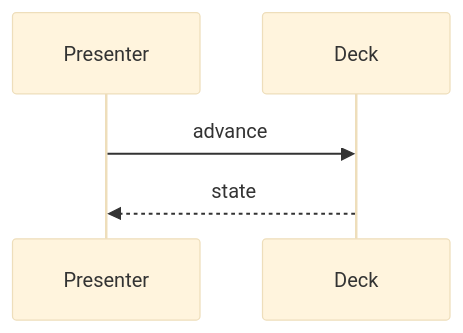
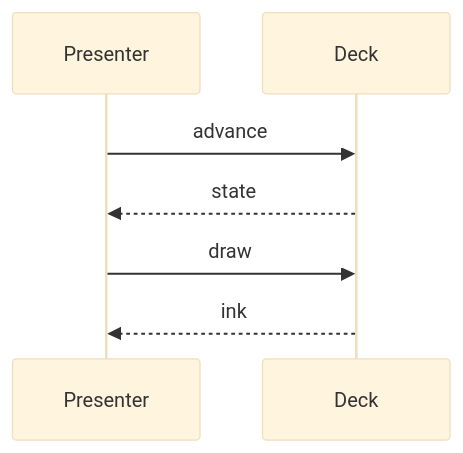
One commit to karnaugh94/blitzstrahl changed the second of 5 diagrams in packages/cli/e2e/fixtures/mermaid.md. Above: the diagram before and after it, drawn with Mermaid (base theme). The commit also changed 39 other files, not shown here.

````diff
--- a/packages/cli/e2e/fixtures/mermaid.md
+++ b/packages/cli/e2e/fixtures/mermaid.md
@@ -24,5 +24,7 @@
 ```mermaid {#seq}
 sequenceDiagram
   Presenter->>Deck: advance
   Deck-->>Presenter: state
+  Presenter->>Deck: draw
+  Deck-->>Presenter: ink
 ```
````
